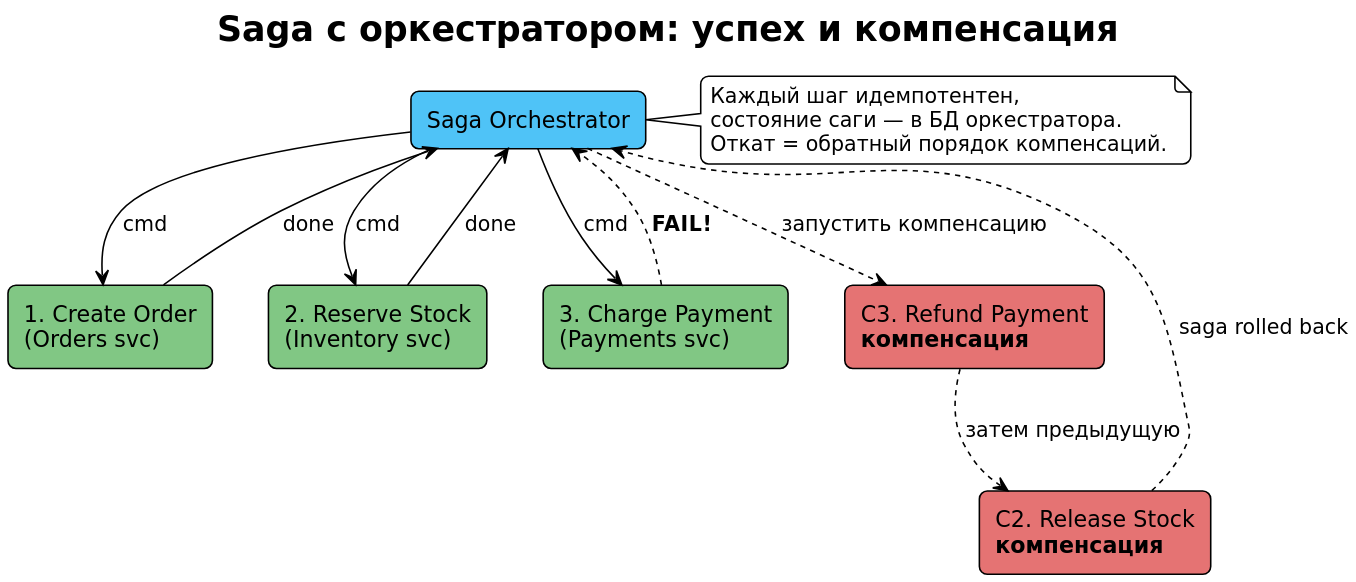
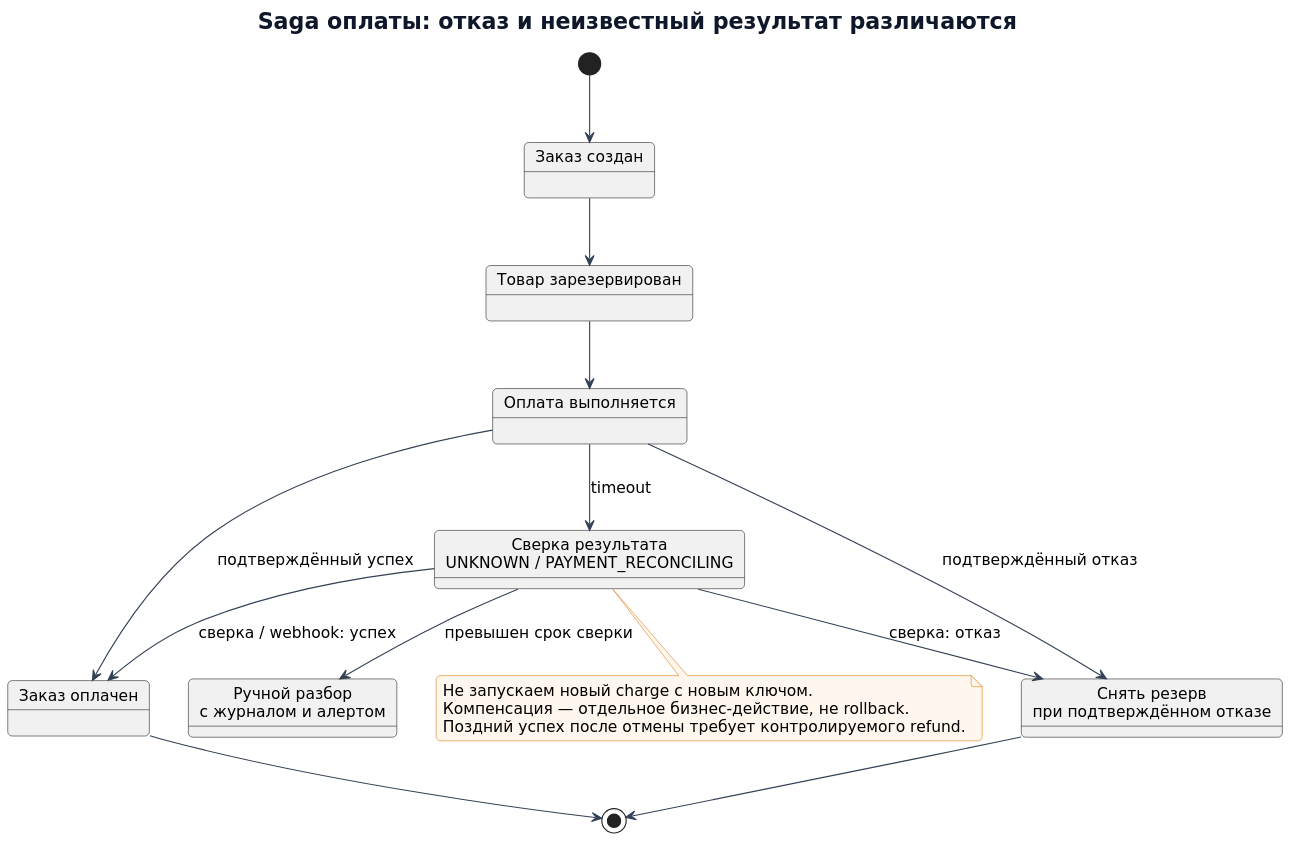
The diagram in course/puml/05_saga_orchestration.puml (maedodo11/fullstack-system-analyst), drawn with PlantUML before and after one commit. The commit also changed 256 other files, not shown here.

Commit message:
Improve course accuracy, practical examples and diagram validation

```diff
--- a/course/puml/05_saga_orchestration.puml
+++ b/course/puml/05_saga_orchestration.puml
@@ -1,34 +1,37 @@
 @startuml 05_saga_orchestration
-skinparam dpi 200
-!theme plain
+skinparam defaultFontName "DejaVu Sans"
+skinparam defaultFontSize 14
 skinparam backgroundColor #FFFFFF
-skinparam defaultFontName "DejaVu Sans"
 skinparam shadowing false
-skinparam roundcorner 10
-title Saga с оркестратором: успех и компенсация
-
-rectangle "Saga Orchestrator" as ORCH #4FC3F7
-
-rectangle "1. Create Order\n(Orders svc)" as S1 #81C784
-rectangle "2. Reserve Stock\n(Inventory svc)" as S2 #81C784
-rectangle "3. Charge Payment\n(Payments svc)" as S3 #81C784
-rectangle "C2. Release Stock\n**компенсация**" as C2 #E57373
-rectangle "C3. Refund Payment\n**компенсация**" as C3 #E57373
-
-ORCH --> S1 : cmd
-S1 --> ORCH : done
-ORCH --> S2 : cmd
-S2 --> ORCH : done
-ORCH --> S3 : cmd
-S3 ..> ORCH : **FAIL!**
-
-ORCH ..> C3 : запустить компенсацию
-C3 ..> C2 : затем предыдущую
-C2 ..> ORCH : saga rolled back
-
-note right of ORCH
-  Каждый шаг идемпотентен,
-  состояние саги — в БД оркестратора.
-  Откат = обратный порядок компенсаций.
+skinparam roundcorner 8
+skinparam ArrowColor #334155
+skinparam titleFontColor #0F172A
+skinparam titleFontSize 20
+skinparam noteBackgroundColor #FFF7ED
+skinparam noteBorderColor #D97706
+skinparam dpi 140
+title Saga оплаты: отказ и неизвестный результат различаются
+state "Заказ создан" as C
+state "Товар зарезервирован" as R
+state "Оплата выполняется" as P
+state "Сверка результата\nUNKNOWN / PAYMENT_RECONCILING" as U
+state "Заказ оплачен" as S
+state "Снять резерв\nпри подтверждённом отказе" as F
+state "Ручной разбор\nс журналом и алертом" as M
+[*] --> C
+C --> R
+R --> P
+P --> S : подтверждённый успех
+P --> F : подтверждённый отказ
+P --> U : timeout
+U --> S : сверка / webhook: успех
+U --> F : сверка: отказ
+U --> M : превышен срок сверки
+S --> [*]
+F --> [*]
+note bottom of U
+Не запускаем новый charge с новым ключом.
+Компенсация — отдельное бизнес-действие, не rollback.
+Поздний успех после отмены требует контролируемого refund.
 end note
 @enduml
```
